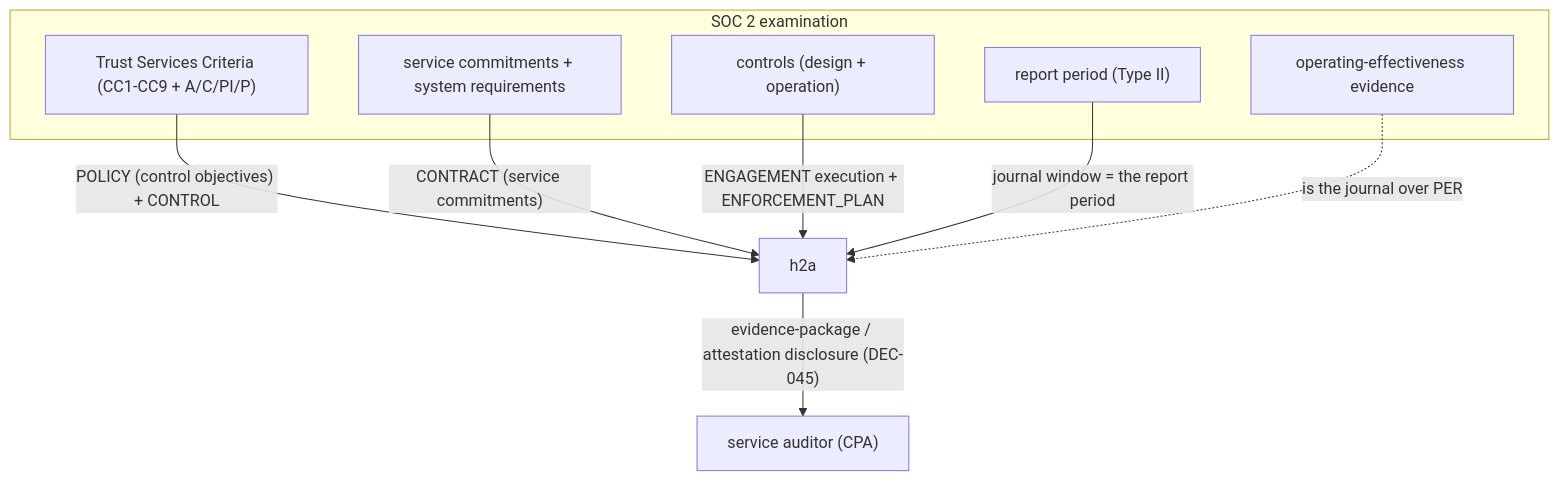
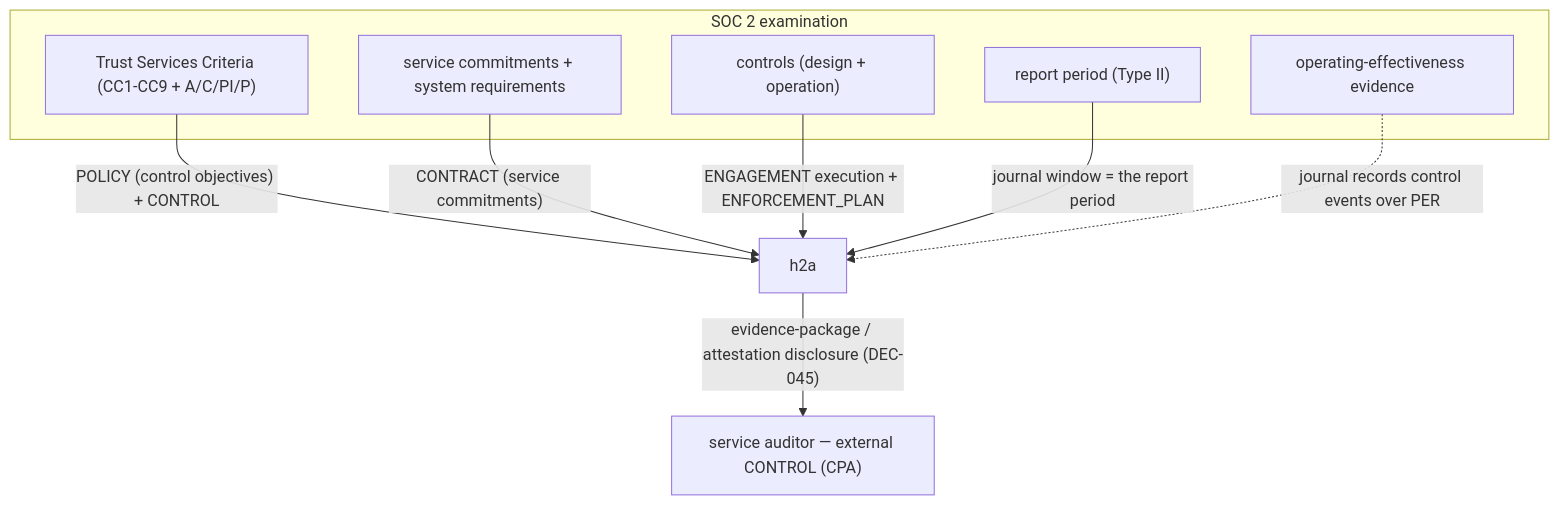
The diagram in evaluations/soc2.md (rhanka/h2a), drawn with Mermaid before and after one commit. The commit also changed other lines of this file and 6 other files, not shown here.

````diff
--- a/evaluations/soc2.md
+++ b/evaluations/soc2.md
@@ -11,16 +11,16 @@
 ```mermaid
 flowchart TB
   subgraph SOC2["SOC 2 examination"]
     TSC["Trust Services Criteria (CC1-CC9 + A/C/PI/P)"]
     COM["service commitments + system requirements"]
     CTRL["controls (design + operation)"]
     PER["report period (Type II)"]
     EVID["operating-effectiveness evidence"]
   end
   TSC -->|"POLICY (control objectives) + CONTROL"| H["h2a"]
   COM -->|"CONTRACT (service commitments)"| H
   CTRL -->|"ENGAGEMENT execution + ENFORCEMENT_PLAN"| H
   PER -->|"journal window = the report period"| H
-  H -->|"evidence-package / attestation disclosure (DEC-045)"| AUD["service auditor (CPA)"]
-  EVID -. "is the journal over PER" .-> H
+  H -->|"evidence-package / attestation disclosure (DEC-045)"| AUD["service auditor — external CONTROL (CPA)"]
+  EVID -.->|"journal records control events over PER"| H
 ```
````
